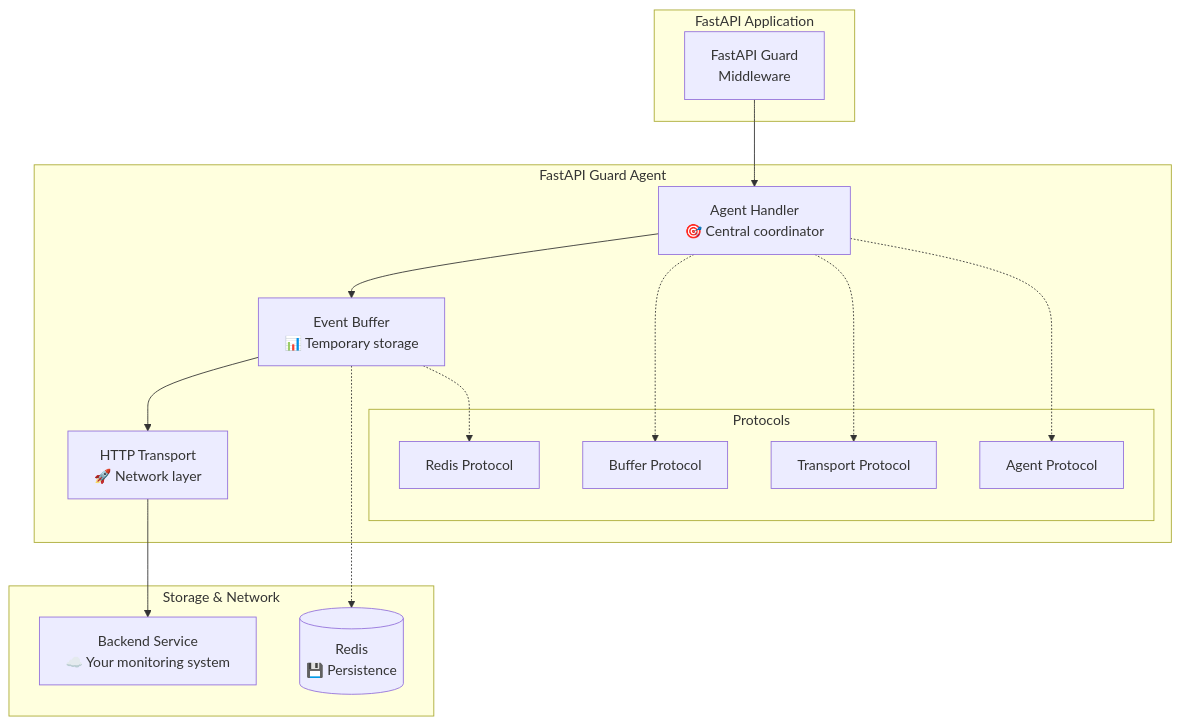
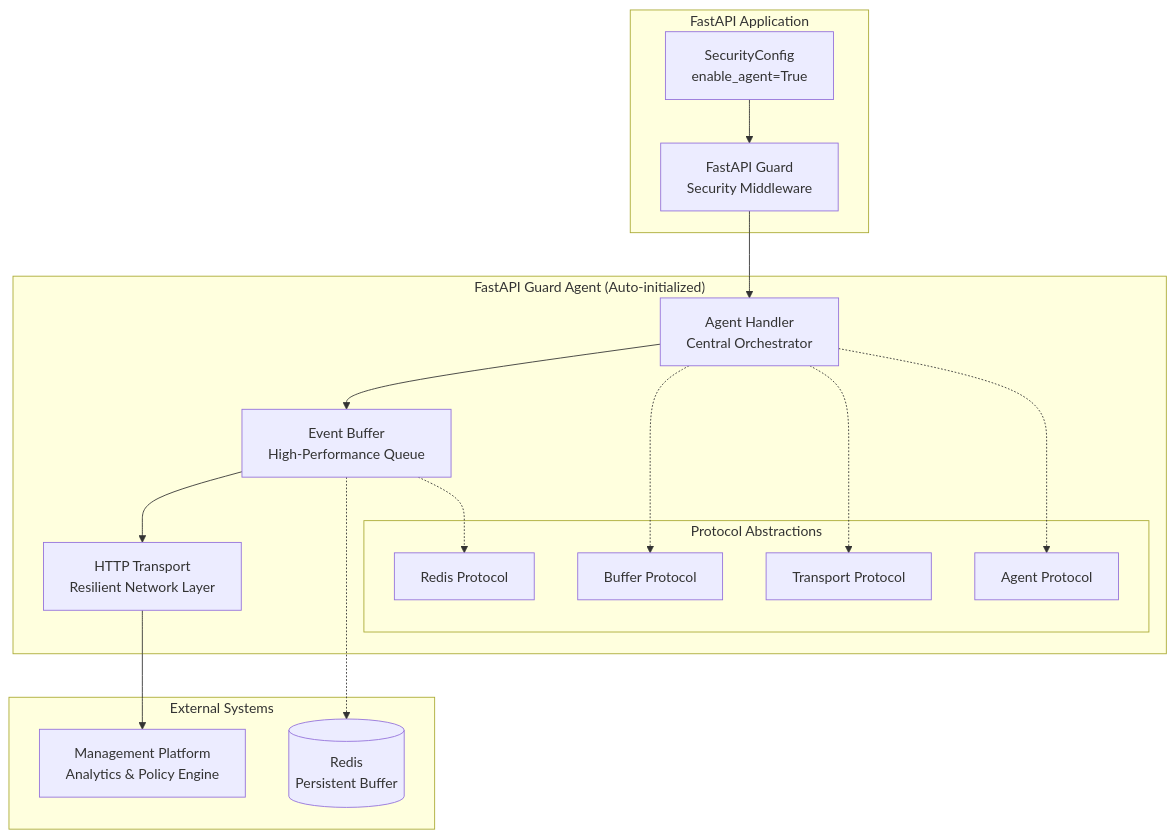
One commit to rennf93/fastapi-guard-agent changed the diagram in docs/api/overview.md. Above: the diagram before and after it, drawn with Mermaid. The commit also changed other lines of this file and 7 other files, not shown here.

````diff
--- a/docs/api/overview.md
+++ b/docs/api/overview.md
@@ -9,35 +9,37 @@
 ```mermaid
 graph TB
     subgraph "FastAPI Application"
-        FG[FastAPI Guard<br/>Middleware]
+        FG[FastAPI Guard<br/>Security Middleware]
+        SC[SecurityConfig<br/>enable_agent=True]
     end
 
-    subgraph "FastAPI Guard Agent"
-        AH[Agent Handler<br/>🎯 Central coordinator]
-        EB[Event Buffer<br/>📊 Temporary storage]
-        TR[HTTP Transport<br/>🚀 Network layer]
+    subgraph "FastAPI Guard Agent (Auto-initialized)"
+        AH[Agent Handler<br/>Central Orchestrator]
+        EB[Event Buffer<br/>High-Performance Queue]
+        TR[HTTP Transport<br/>Resilient Network Layer]
 
-        subgraph "Protocols"
+        subgraph "Protocol Abstractions"
             BP[Buffer Protocol]
             TP[Transport Protocol]
             RP[Redis Protocol]
             AP[Agent Protocol]
         end
     end
 
-    subgraph "Storage & Network"
-        RD[(Redis<br/>💾 Persistence)]
-        BE[Backend Service<br/>☁️ Your monitoring system]
+    subgraph "External Systems"
+        RD[(Redis<br/>Persistent Buffer)]
+        BE[Management Platform<br/>Analytics & Policy Engine]
     end
 
+    SC --> FG
     FG --> AH
     AH --> EB
     EB --> TR
     EB -.-> RD
     TR --> BE
 
     AH -.-> BP
     AH -.-> TP
     EB -.-> RP
     AH -.-> AP
 ```
````
